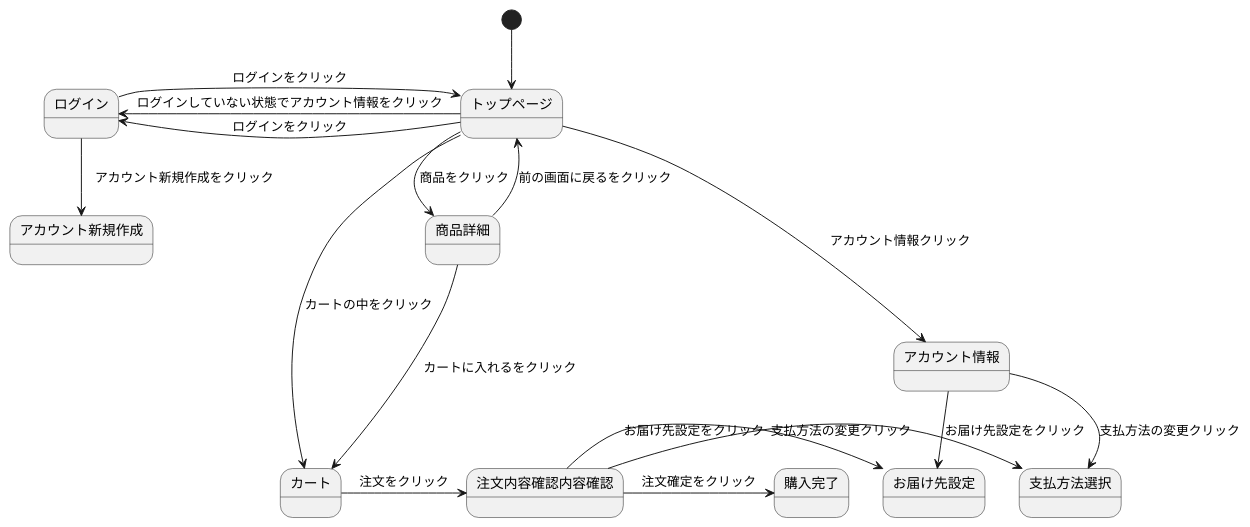
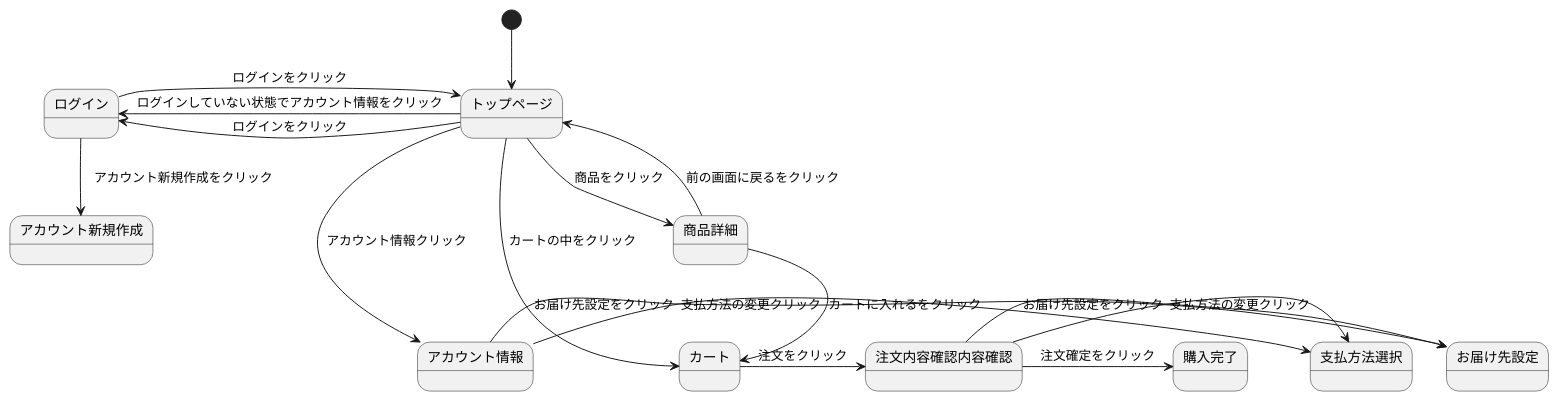
The diagram in sumple_01.md (Aso2001133/2021sys-design), drawn with PlantUML before and after one commit.

````diff
--- a/sumple_01.md
+++ b/sumple_01.md
@@ -1,35 +1,35 @@
 ```uml
 @startuml
 [*] --> トップページ 
 
 トップページ -right-> アカウント情報 : アカウント情報クリック 
 
 トップページ -left-> ログイン : ログインをクリック
 
 トップページ -left-> ログイン : ログインしていない状態でアカウント情報をクリック
 
 トップページ --> 商品詳細 : 商品をクリック 
 
-トップページ ----> カート : カートの中をクリック 
+トップページ ---> カート : カートの中をクリック 
 
 ログイン -> トップページ : ログインをクリック
 
 ログイン --> アカウント新規作成 :　アカウント新規作成をクリック
 
-アカウント情報 --> お届け先設定 : お届け先設定をクリック 
+アカウント情報 -> お届け先設定 : お届け先設定をクリック 
 
-アカウント情報 --> 支払方法選択 : 支払方法の変更クリック
+アカウント情報 -> 支払方法選択 : 支払方法の変更クリック
 
 商品詳細 --> カート : カートに入れるをクリック 
 
 商品詳細 --> トップページ : 前の画面に戻るをクリック 
 
 カート -> 注文内容確認内容確認 : 注文をクリック 
 
 注文内容確認内容確認 -> お届け先設定 : お届け先設定をクリック 
 
 注文内容確認内容確認 -> 支払方法選択 : 支払方法の変更クリック
 
 注文内容確認内容確認 -> 購入完了 : 注文確定をクリック 
 @enduml
 ```
````
